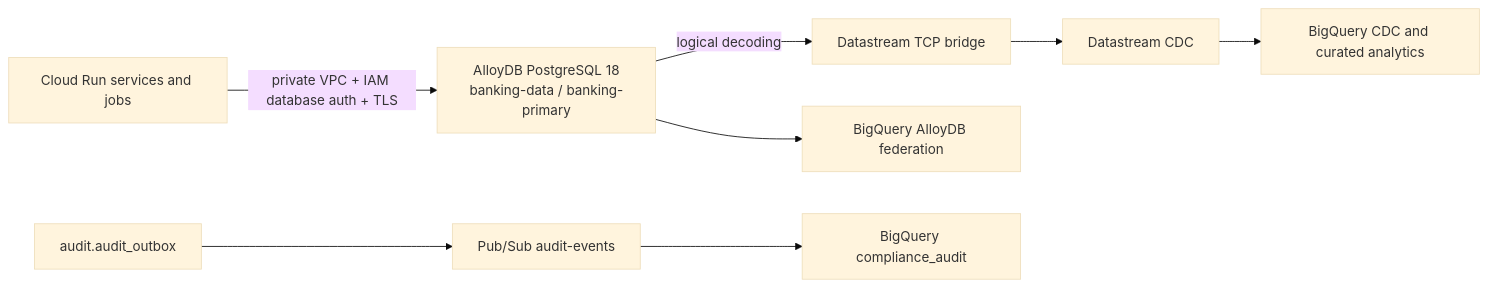
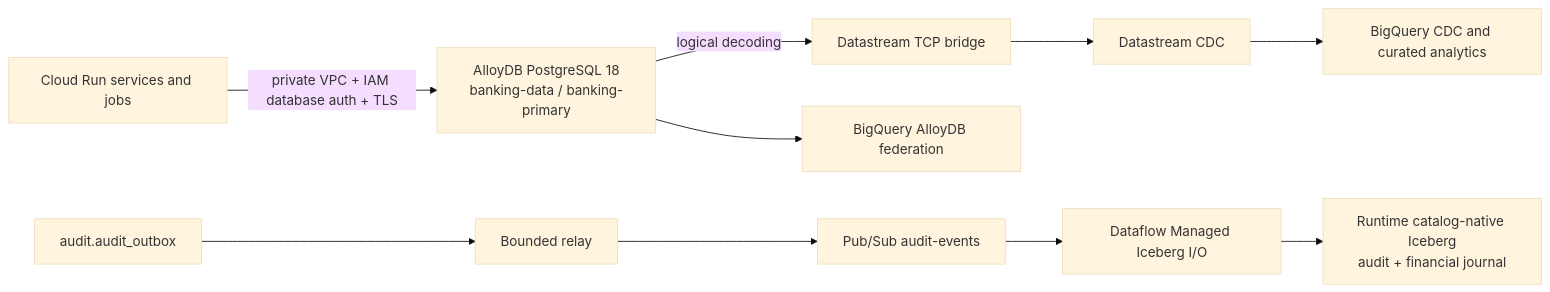
Before and after one commit to GoogleCloudPlatform/fsi-gecx-bundle: the first of 2 diagrams in docs/architecture/data-platform/data_layer_architecture.md, drawn with Mermaid (base theme). The commit also changed other lines of this file and 55 other files, not shown here.

Commit message:
feat: stream audit and journal events to Iceberg

````diff
--- a/docs/architecture/data-platform/data_layer_architecture.md
+++ b/docs/architecture/data-platform/data_layer_architecture.md
@@ -5,10 +5,12 @@
 ```mermaid
 flowchart LR
     Services["Cloud Run services and jobs"] -->|"private VPC + IAM database auth + TLS"| AlloyDB["AlloyDB PostgreSQL 18<br/>banking-data / banking-primary"]
     AlloyDB -->|"logical decoding"| Bridge["Datastream TCP bridge"]
     Bridge --> Datastream["Datastream CDC"]
     Datastream --> BigQuery["BigQuery CDC and curated analytics"]
     AlloyDB --> Federation["BigQuery AlloyDB federation"]
-    Outbox["audit.audit_outbox"] --> PubSub["Pub/Sub audit-events"]
-    PubSub --> Audit["BigQuery compliance_audit"]
+    Outbox["audit.audit_outbox"] --> Relay["Bounded relay"]
+    Relay --> PubSub["Pub/Sub audit-events"]
+    PubSub --> Dataflow["Dataflow Managed Iceberg I/O"]
+    Dataflow --> Audit["Runtime catalog-native Iceberg<br/>audit + financial journal"]
 ```
````
